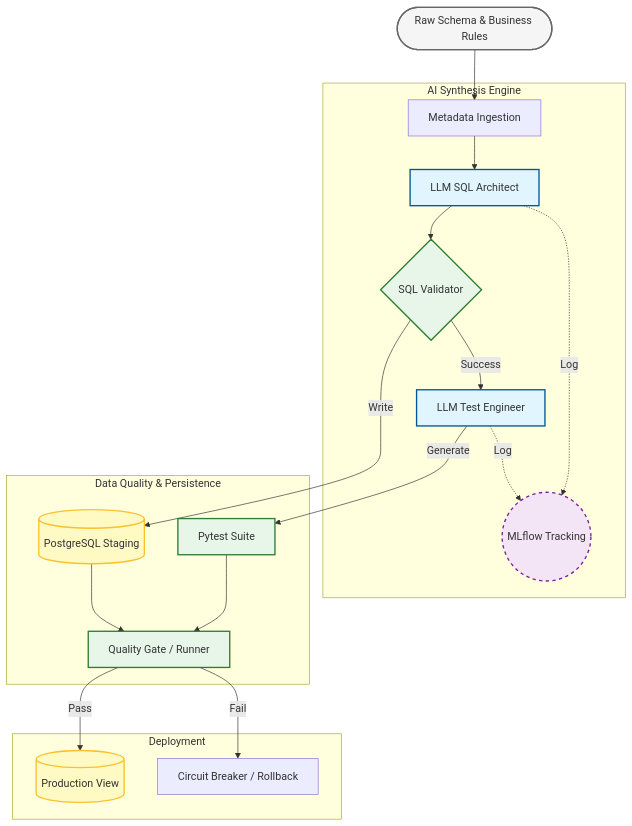
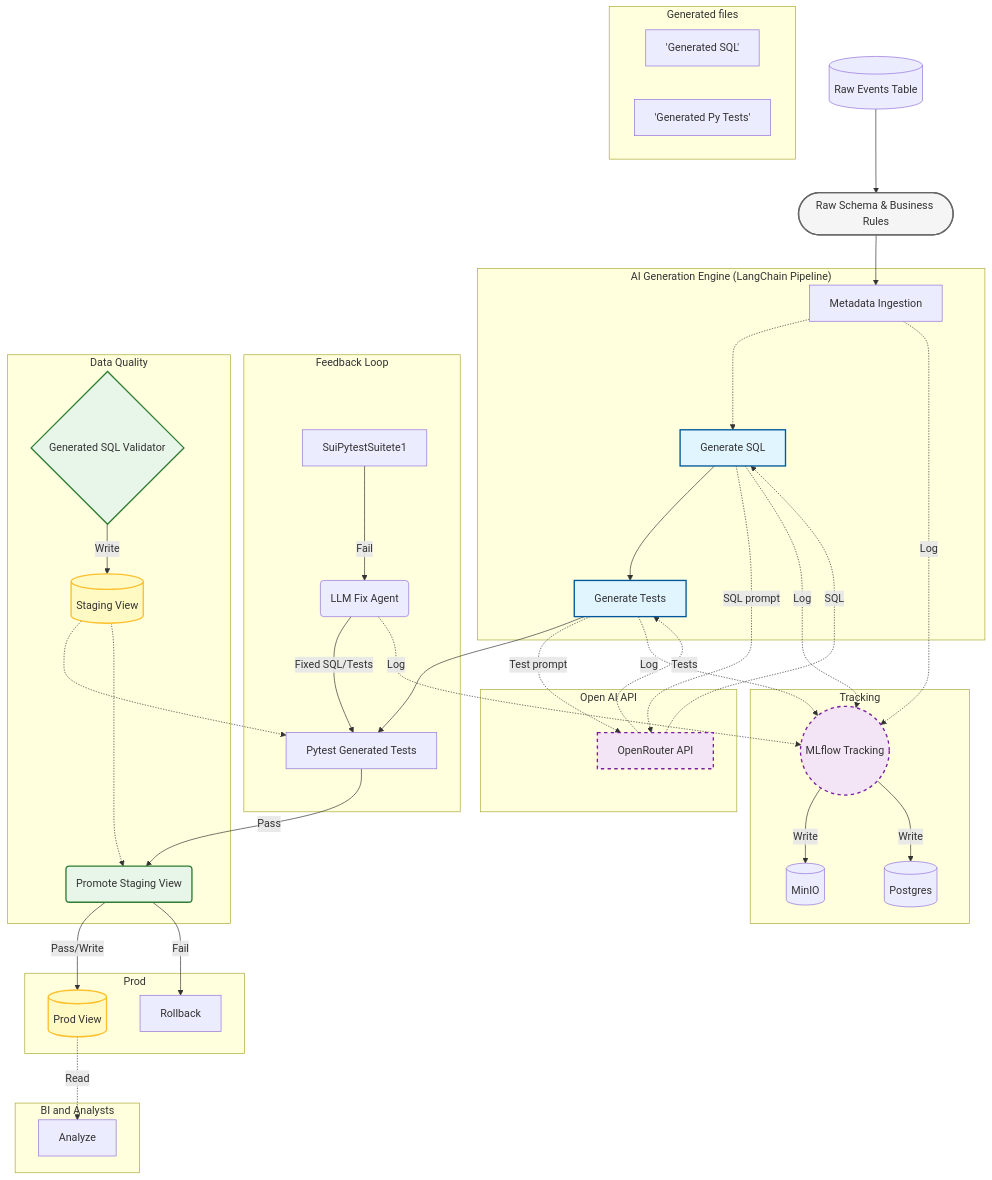
The diagram in README.md (RomanDevyatov/lang-chain-sql-and-test-generator), drawn with Mermaid before and after one commit. The commit also changed 1 other file, not shown here.

Commit message:
Updated diagram

````diff
--- a/README.md
+++ b/README.md
@@ -10,40 +10,68 @@
 ```mermaid
 graph TD
+    
     %% Nodes Definition
+    Table[("Raw Events Table")] --> Start
     Start([Raw Schema & Business Rules]) --> Ingestion[Metadata Ingestion]
+    
+    subgraph "AI Generation Engine (LangChain Pipeline)"
+        Ingestion -.-> SQLGenNode[Generate SQL]       
+        SQLGenNode --> TestGenNode[Generate Tests]
+    end
 
-    subgraph "AI Synthesis Engine"
-        Ingestion --> SQLGenNode[LLM SQL Architect]
-        SQLGenNode --> SQLValidator{SQL Validator}
-        SQLValidator -->|Success| TestGenNode[LLM Test Engineer]
+    subgraph "Feedback Loop"
+        LLMfixPipeline -->|Fixed SQL/Tests| PytestSuite[Pytest Generated Tests]
+        SuiPytestSuitete1 -->|Fail| LLMfixPipeline(LLM Fix Agent)
+        TestGenNode --> PytestSuite        
+    end
         
-        %% Operational Logs
+    subgraph "Open AI API"
+        OpenRouter -.->|SQL| SQLGenNode 
+        OpenRouter -.->|Tests| TestGenNode
+        SQLGenNode -.->|SQL prompt| OpenRouter
+        TestGenNode -.->|Test prompt| OpenRouter[OpenRouter API]
+    end
+    
+    subgraph "Tracking"
+        Ingestion -.->|Log| MLflow
         SQLGenNode -.->|Log| MLflow((MLflow Tracking))
         TestGenNode -.->|Log| MLflow
+        LLMfixPipeline -.->|Log| MLflow
+        MLflow -->|Write| MinIO[(MinIO)]
+        MLflow -->|Write| PostgresMLflow[(Postgres)]    
+    end
+    
+    subgraph "Data Quality"        
+        SQLValidator{Generated SQL Validator} -->|Write| Staging[(Staging View)]
+        PytestSuite -->|Pass| Executor
+        Staging -.-> PytestSuite
+        Staging -.-> Executor("Promote Staging View")
+    end
+    
+    subgraph "Generated files"
+        GeneratedSql['Generated SQL']
+        GeneratedTests['Generated Py Tests']
     end
 
-    subgraph "Data Quality & Persistence"
-        SQLValidator -->|Write| Staging[(PostgreSQL Staging)]
-        TestGenNode -->|Generate| Suite[Pytest Suite]
-        Suite --> Executor[Quality Gate / Runner]
-        Staging --> Executor
+    subgraph "Prod"
+        Executor -->|Pass/Write| Production[(Prod View)]
+        Executor -->|Fail| Rollback[Rollback]
     end
-
-    subgraph "Deployment"
-        Executor -->|Pass| Production[(Production View)]
-        Executor -->|Fail| Rollback[Circuit Breaker / Rollback]
+    
+    subgraph "BI and Analysts"
+        Production -.->|Read| Analyze
     end
 
     %% Colors and Styles
     classDef startEnd fill:#f5f5f5,stroke:#666,stroke-width:2px,color:#333;
     classDef aiNode fill:#e1f5fe,stroke:#01579b,stroke-width:2px;
     classDef storage fill:#fff9c4,stroke:#fbc02d,stroke-width:2px;
     classDef action fill:#e8f5e9,stroke:#2e7d32,stroke-width:2px;
     classDef tracking fill:#f3e5f5,stroke:#7b1fa2,stroke-width:2px,stroke-dasharray: 5 5;
 
     class Start,End startEnd;
-    class SQLGenNode,TestGenNode aiNode;
+    class SQLGenNode,TestGenNode,TestGenNode2 aiNode;
     class Staging,Production storage;
     class SQLValidator,Executor,Suite action;
-    class MLflow tracking;
+    class MLflow,OpenRouter tracking;
 ```
````
